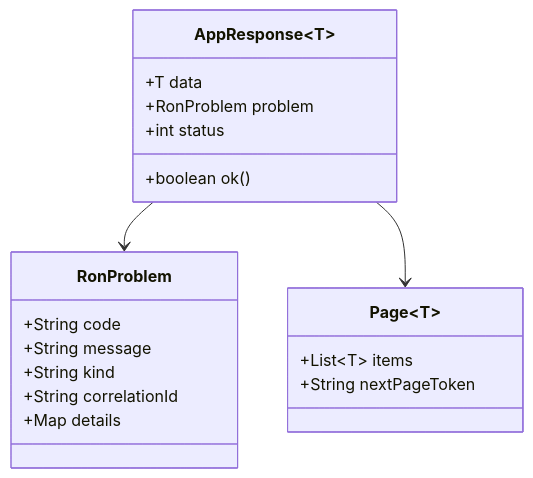
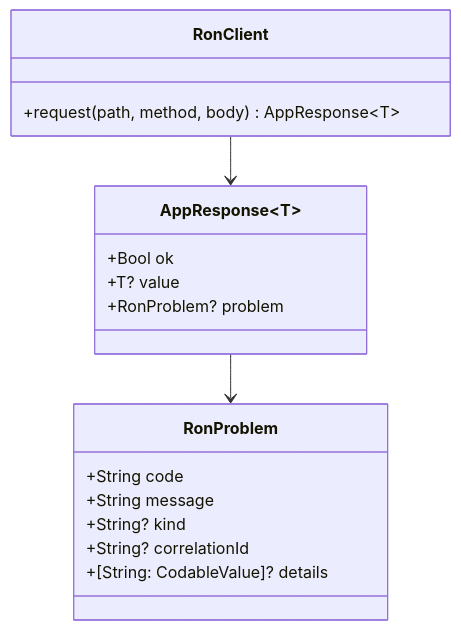
The first of 2 diagrams in sdk/bucket/docs/README.MD (Y3LLOWVESTS/rustyonions), drawn with Mermaid before and after one commit. The commit also changed other lines of this file and 49 other files, not shown here.

Commit message:
ron-app-sdk-swift is complete for developer preview

````diff
--- a/sdk/bucket/docs/README.MD
+++ b/sdk/bucket/docs/README.MD
@@ -272,25 +333,23 @@
 ```mermaid
 classDiagram
+  class AppResponse~T~ {
+    +Bool ok
+    +T? value
+    +RonProblem? problem
+  }
+
   class RonProblem {
     +String code
     +String message
-    +String kind
-    +String correlationId
-    +Map<String, Object> details
+    +String? kind
+    +String? correlationId
+    +[String: CodableValue]? details
   }
 
-  class Page~T~ {
-    +List~T~ items
-    +String nextPageToken
+  class RonClient {
+    +request<T>(path, method, body) AppResponse~T~
   }
 
-  class AppResponse~T~ {
-    +T data
-    +RonProblem problem
-    +int status
-    +boolean ok()
-  }
-
+  RonClient --> AppResponse
   AppResponse --> RonProblem
-  AppResponse --> Page
 ```
````
